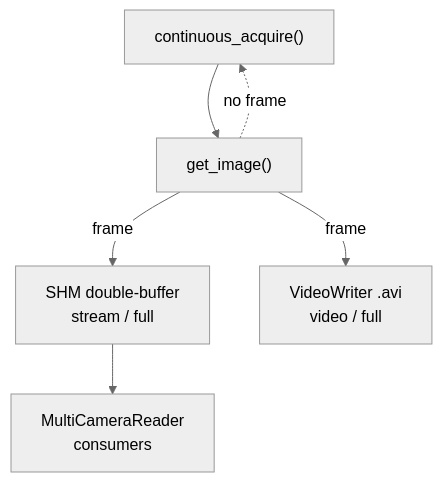
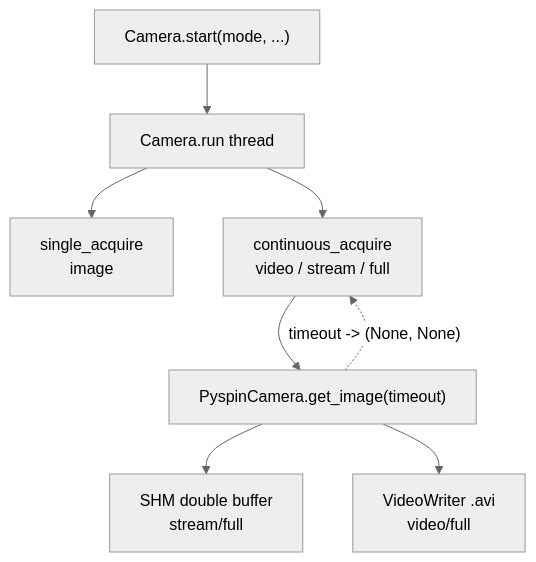
Before and after one commit to willi19/paradex: the second of 2 diagrams in docs/camera_system.md, drawn with Mermaid (neutral theme). The commit also changed other lines of this file and 175 other files, not shown here.

````diff
--- a/docs/camera_system.md
+++ b/docs/camera_system.md
@@ -89,8 +129,10 @@
 ```{mermaid}
 flowchart TD
-    T["continuous_acquire()"] --> G["get_image()"]
-    G -->|frame| SHM["SHM double-buffer<br/>stream / full"]
-    G -->|frame| VID["VideoWriter .avi<br/>video / full"]
-    G -.->|"no frame"| T
-    SHM --> R["MultiCameraReader<br/>consumers"]
+    START["Camera.start(mode, ...)"] --> RUN["Camera.run thread"]
+    RUN --> ONE["single_acquire<br/>image"]
+    RUN --> CONT["continuous_acquire<br/>video / stream / full"]
+    CONT --> GRAB["PyspinCamera.get_image(timeout)"]
+    GRAB --> SHM["SHM double buffer<br/>stream/full"]
+    GRAB --> AVI["VideoWriter .avi<br/>video/full"]
+    GRAB -. "timeout -> (None, None)" .-> CONT
 ```
````
